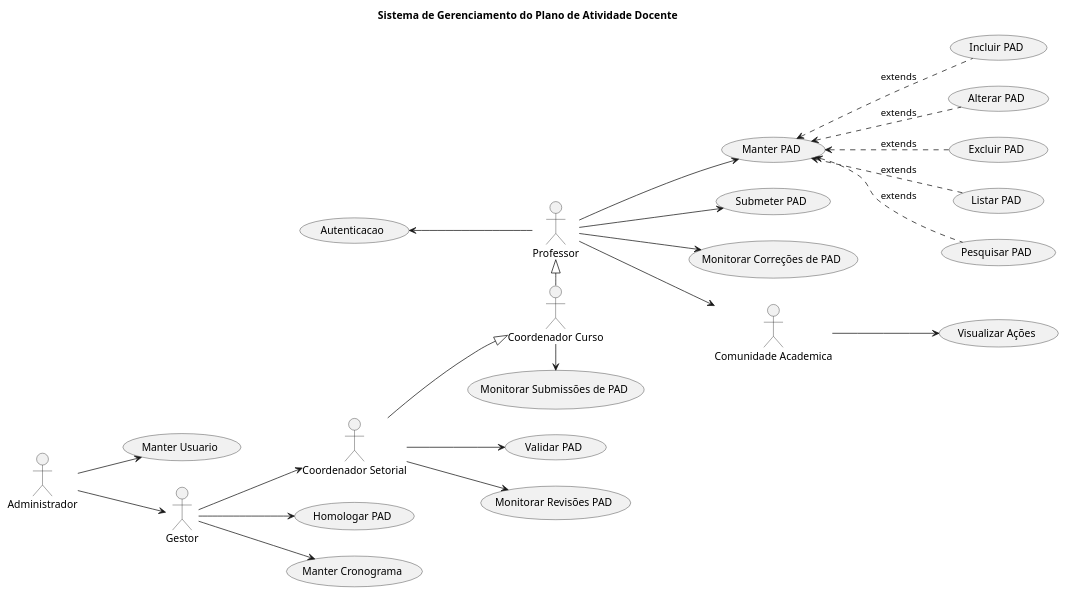
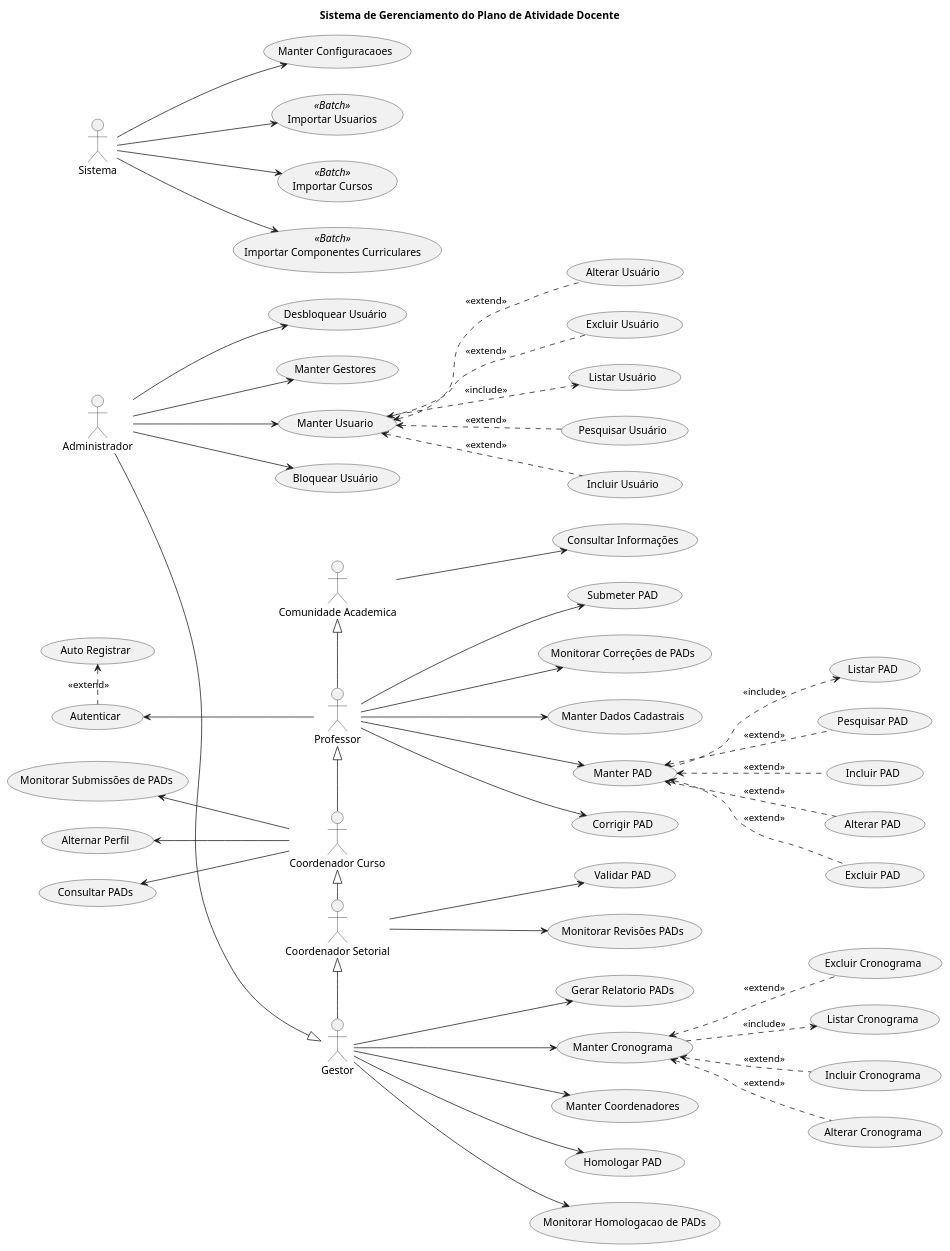
One commit to helaine-barreiros/pad-upe changed the diagram in src/pad.puml. Above: the diagram before and after it, drawn with PlantUML.

Commit message:
Incluindo funcionalidas de gestão e rotinas batch

```diff
--- a/src/pad.puml
+++ b/src/pad.puml
@@ -1,66 +1,134 @@
 @startuml "Sistema de Gerenciamento do Plano de Atividade Docente"
     title "<b>Sistema de Gerenciamento do Plano de Atividade Docente</b>"
     
     left to right direction
 
-    (Manter PAD) as mpad
-    (Incluir PAD) as ipad
-    (Alterar PAD) as apad
-    (Excluir PAD) as epad
-    (Listar PAD) as lpad
-    (Pesquisar PAD) as ppad
+    'PAD
+    (Manter PAD) as mPad
+    (Incluir PAD) as iPad
+    (Alterar PAD) as aPad
+    (Excluir PAD) as ePad
+    (Listar PAD) as lPad
+    (Pesquisar PAD) as pPad
 
-    (Corrigir PAD) as valipad
+    (Corrigir PAD) as corrigePad
 
-    (Submeter PAD) as envpad
-    (Monitorar Revisões PAD) as revpad
-    (Validar PAD) as valipad
-    (Homologar PAD) as homopad
-    (Monitorar Submissões de PAD) as monipad
-    (Monitorar Correções de PAD) as moni_corr_pad
+    (Submeter PAD) as envPad
+    (Monitorar Revisões PADs) as revPad
+    (Validar PAD) as valiPad
+    (Monitorar Submissões de PADs) as moniPad
+    (Monitorar Correções de PADs) as moniCorrPad
 
-    (Manter Cronograma) as m_cron
+    (Homologar PAD) as homoPad
+    (Monitorar Homologacao de PADs) as moniHomPad
+    (Gerar Relatorio PADs) as gerarRelatorioPad
+    (Consultar PADs) as consultarPad
 
-    (Visualizar Ações) as acoes
+    'Cronograma
+    (Manter Cronograma) as mantCron
+    (Incluir Cronograma) as iCron
+    (Alterar Cronograma) as aCron
+    (Excluir Cronograma) as eCron
+    (Listar Cronograma) as lCron
 
-    (Autenticacao) as autent
-    (Manter Usuario) as m_usuario
+    'Dados abertos
+    (Consultar Informações) as consultInfo
 
-    actor Professor as p
+    'Administração
+    (Autenticar) as autent
+    (Auto Registrar) as registrar
+    (Manter Usuario) as mantUsuario
+    (Incluir Usuário) as iUsuario
+    (Alterar Usuário) as aUsuario
+    (Excluir Usuário) as eUsuario
+    (Listar Usuário) as lUsuario
+    (Pesquisar Usuário) as pUsuario
+    (Bloquear Usuário) as bloqUsuario
+    (Desbloquear Usuário) as desbloqUsuario
+
+    (Manter Gestores) as mantGestores
+    (Manter Coordenadores) as mantCoordenadores
+    (Manter Dados Cadastrais) as mantCadastro
+    (Alternar Perfil) as alternarPerfil
+    (Manter Configuracaoes) as manterConfiguracoes
+
+    'Sistema
+    (Importar Usuarios) as (importUsuarios) <<Batch>>
+    (Importar Cursos) as (importCursos) <<Batch>>
+    (Importar Componentes Curriculares) as (importCompCurr) <<Batch>>
+    
+    'Atores
+    actor Professor as prof
     actor "Coordenador Curso" as cc
     actor "Coordenador Setorial" as cs
     actor "Comunidade Academica" as ca
-    actor "Gestor" as g
+    actor "Gestor" as gest
     actor "Administrador" as adm
+    actor "Sistema" as sistema
 
+    'atores
+    prof <|-right- cc
+    cc <|-right- cs
+    prof -left-|> ca
+    gest -left-|> cs
+    adm --|> gest
 
-    p <|-right- cc
-    cc <|-up- cs
+    'professor
+    prof --> mPad
+    prof --> corrigePad    
 
-    p --> mpad
-    ca --> acoes
+    prof --> envPad
+    prof --> moniCorrPad
+    prof -up-> autent
+    autent .left.> registrar : <<extend>>
+    prof --> mantCadastro
 
-    p --> ca
-    g --> cs
-    adm --> g
+    mPad <.. iPad : <<extend>>
+    mPad <.. aPad : <<extend>>
+    mPad <.. ePad : <<extend>>
+    mPad ..> lPad : <<include>>
+    mPad <.. pPad : <<extend>>
 
-    mpad <.. ipad : extends
-    mpad <.. apad : extends
-    mpad <.. epad : extends
-    mpad <.. lpad : extends
-    mpad <.. ppad : extends
+    'comunidade academica
+    ca --> consultInfo
 
-    p --> envpad
-    p --> moni_corr_pad
-    p -up-> autent
+    'coordenador de curso
+    cc -up-> moniPad
+    cc -up-> consultarPad
+    cc -up-> alternarPerfil
 
-    cc -right-> monipad
-    cs --> revpad
-    cs --> valipad
+    'coordenador setorial
+    cs --> revPad
+    cs --> valiPad
 
-    g --> homopad
-    g --> m_cron
+    'gestor
+    gest --> homoPad
+    gest --> mantCron
+    gest --> gerarRelatorioPad
+    gest --> moniHomPad
+    gest --> mantCoordenadores
 
-    adm --> m_usuario
+    mantCron <.. iCron : <<extend>>
+    mantCron <.. aCron : <<extend>>
+    mantCron <.. eCron : <<extend>>
+    mantCron ..> lCron : <<include>>
+
+    'administrador
+    adm --> mantUsuario
+    adm --> bloqUsuario
+    adm --> desbloqUsuario
+    adm --> mantGestores
+    
+    mantUsuario <.. iUsuario : <<extend>>
+    mantUsuario <.. aUsuario : <<extend>>
+    mantUsuario <.. eUsuario : <<extend>>
+    mantUsuario ..> lUsuario : <<include>>
+    mantUsuario <.. pUsuario : <<extend>>
+
+    'sistema
+    sistema --> importUsuarios
+    sistema --> importCursos
+    sistema --> importCompCurr
+    sistema --> manterConfiguracoes
 
 @enduml
```
